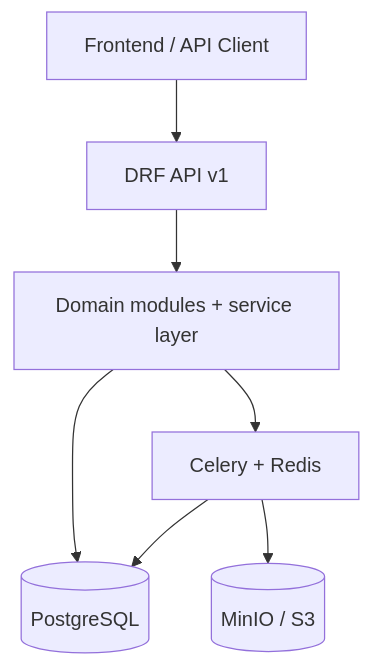
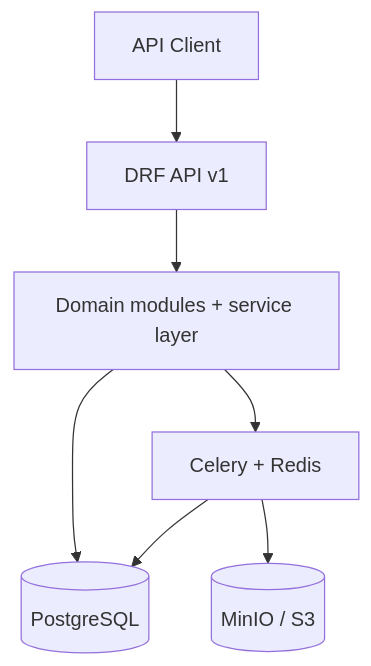
The first of 2 diagrams in Backend/docs/02-ARCHITECTURE_FA.md (leonardo0231/hamamooz-platform), drawn with Mermaid before and after one commit. The commit also changed 91 other files, not shown here.

````diff
--- a/Backend/docs/02-ARCHITECTURE_FA.md
+++ b/Backend/docs/02-ARCHITECTURE_FA.md
@@ -7,9 +7,9 @@
 ```mermaid
 flowchart TB
-    Client["Frontend / API Client"] --> API["DRF API v1"]
+    Client["API Client"] --> API["DRF API v1"]
     API --> Domains["Domain modules + service layer"]
     Domains --> DB[(PostgreSQL)]
     Domains --> Queue["Celery + Redis"]
     Queue --> Object[(MinIO / S3)]
     Queue --> DB
 ```
````
